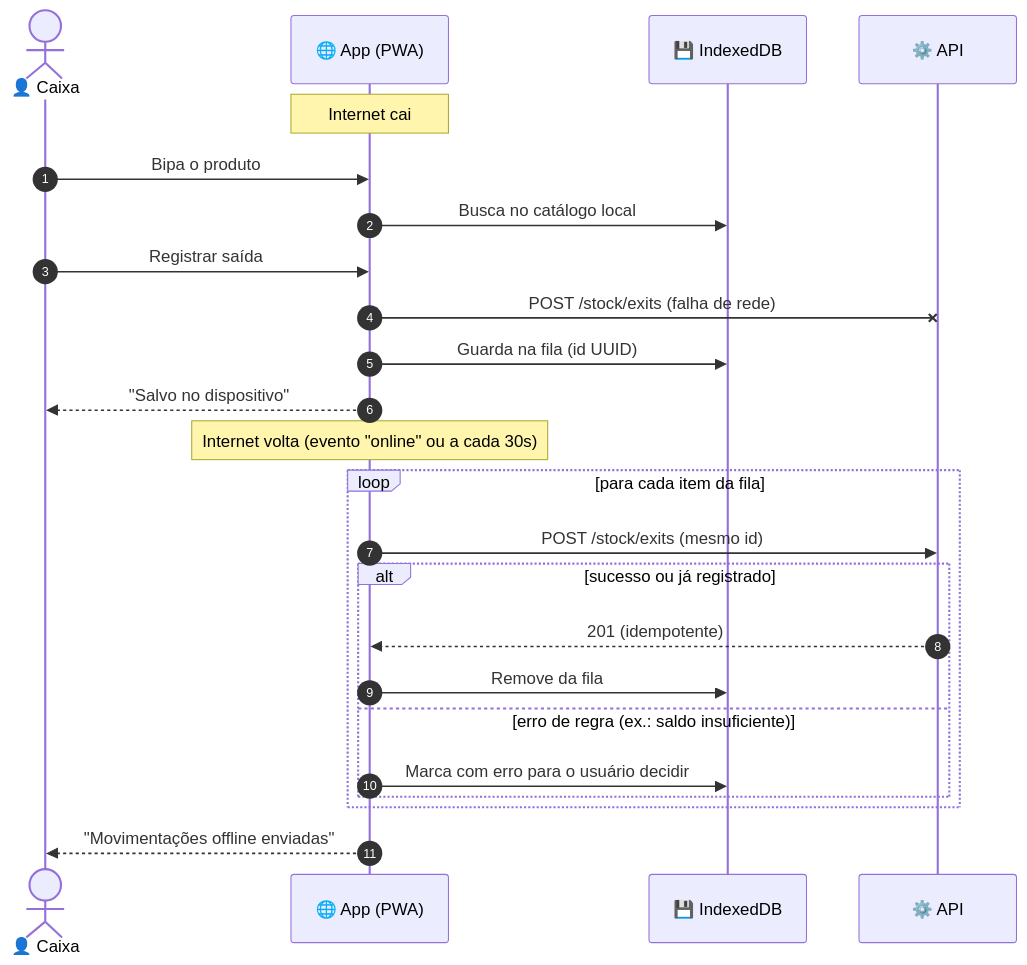
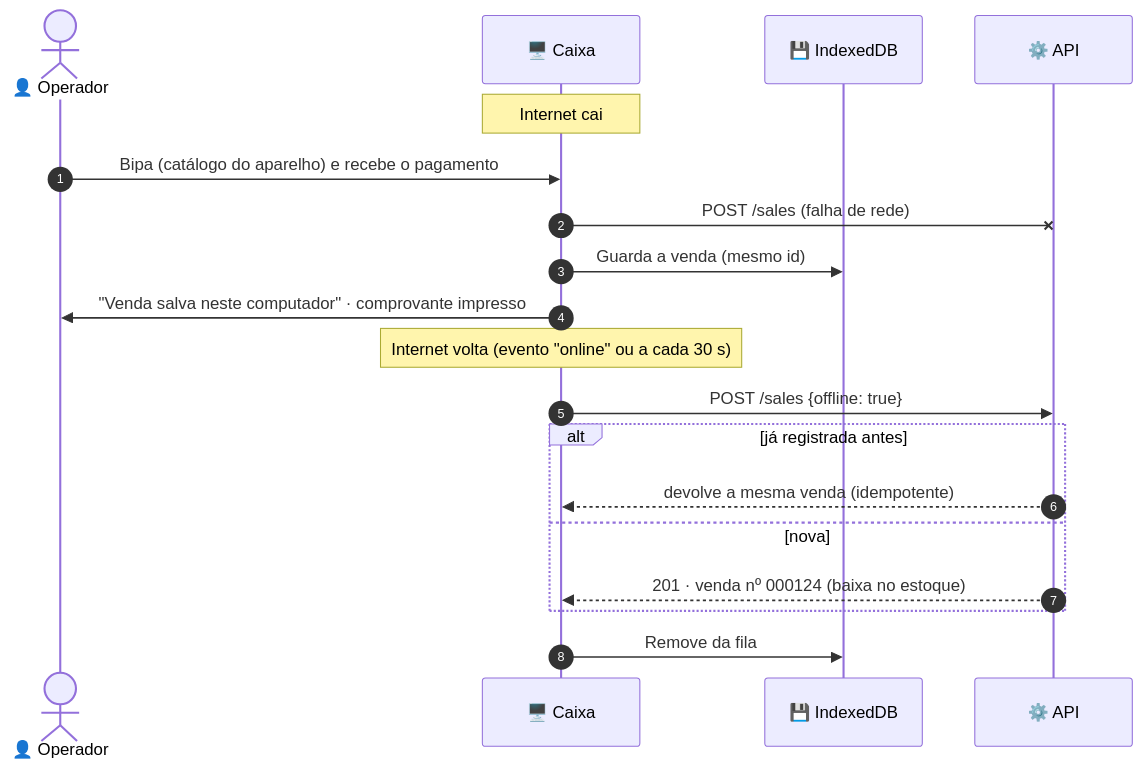
Before and after one commit to tassiocarvalho/vl-estoque: the seventh of 11 diagrams in README.md, drawn with Mermaid. The commit also changed other lines of this file and 109 other files, not shown here.

````diff
--- a/README.md
+++ b/README.md
@@ -503,27 +508,22 @@
 ```mermaid
 sequenceDiagram
     autonumber
-    actor C as 👤 Caixa
-    participant W as 🌐 App (PWA)
+    actor O as 👤 Operador
+    participant C as 🖥️ Caixa
     participant Q as 💾 IndexedDB
     participant API as ⚙️ API
 
-    Note over W: Internet cai
-    C->>W: Bipa o produto
-    W->>Q: Busca no catálogo local
-    C->>W: Registrar saída
-    W-xAPI: POST /stock/exits (falha de rede)
-    W->>Q: Guarda na fila (id UUID)
-    W-->>C: "Salvo no dispositivo"
-    Note over W: Internet volta (evento "online" ou a cada 30s)
-    loop para cada item da fila
-        W->>API: POST /stock/exits (mesmo id)
-        alt sucesso ou já registrado
-            API-->>W: 201 (idempotente)
-            W->>Q: Remove da fila
-        else erro de regra (ex.: saldo insuficiente)
-            W->>Q: Marca com erro para o usuário decidir
-        end
+    Note over C: Internet cai
+    O->>C: Bipa (catálogo do aparelho) e recebe o pagamento
+    C-xAPI: POST /sales (falha de rede)
+    C->>Q: Guarda a venda (mesmo id)
+    C->>O: "Venda salva neste computador" · comprovante impresso
+    Note over C: Internet volta (evento "online" ou a cada 30 s)
+    C->>API: POST /sales {offline: true}
+    alt já registrada antes
+        API-->>C: devolve a mesma venda (idempotente)
+    else nova
+        API-->>C: 201 · venda nº 000124 (baixa no estoque)
     end
-    W-->>C: "Movimentações offline enviadas"
+    C->>Q: Remove da fila
 ```
````
